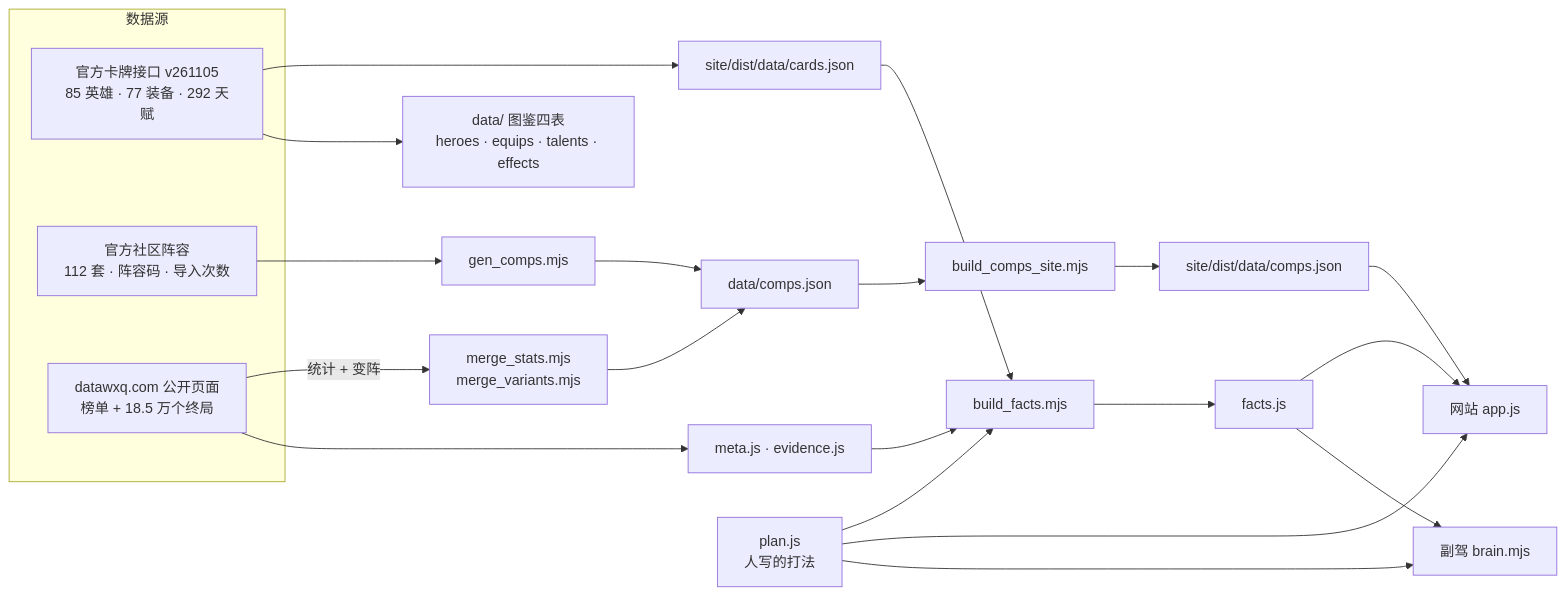
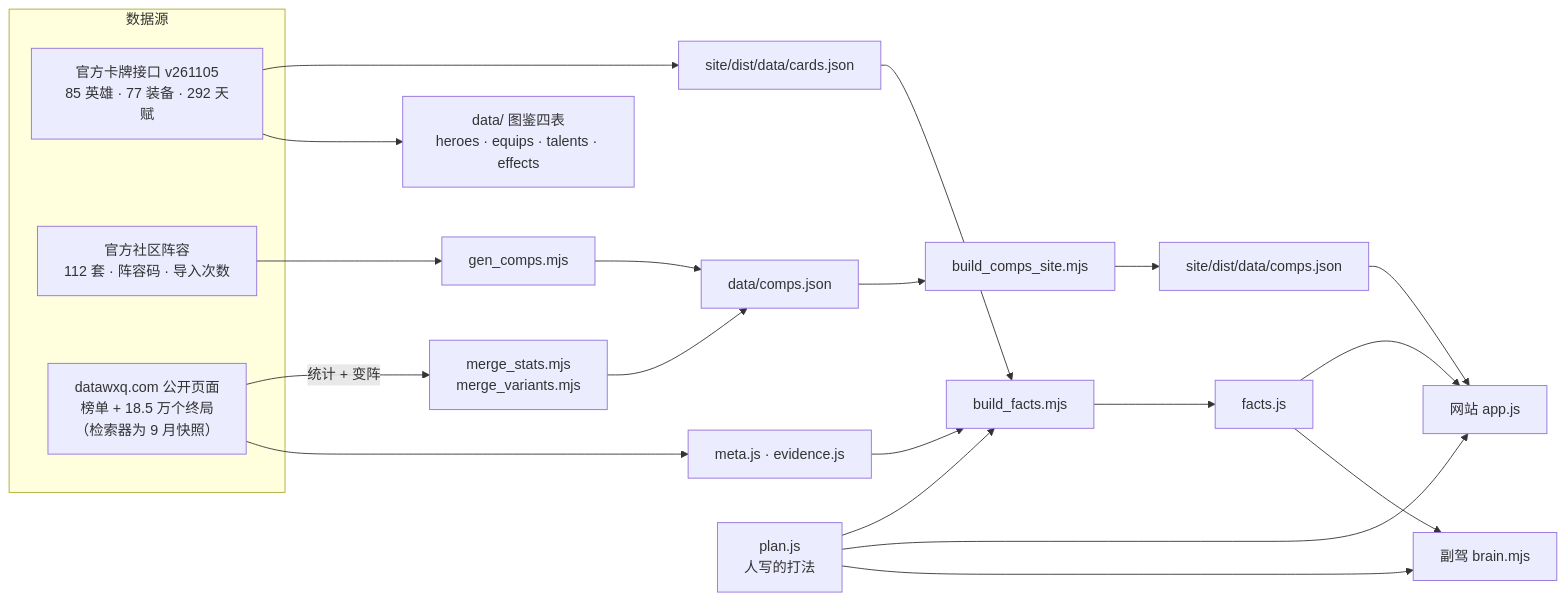
Before and after one commit to billpwchan/wanxiang-qipu: the second of 2 diagrams in README.md, drawn with Mermaid. The commit also changed other lines of this file and 5 other files, not shown here.

````diff
--- a/README.md
+++ b/README.md
@@ -144,23 +146,23 @@
 ```mermaid
 flowchart LR
   subgraph 数据源
     O["官方卡牌接口 v261105<br>85 英雄 · 77 装备 · 292 天赋"]
     Q["官方社区阵容<br>112 套 · 阵容码 · 导入次数"]
-    W["datawxq.com 公开页面<br>榜单 + 18.5 万个终局"]
+    W["datawxq.com 公开页面<br>榜单 + 18.5 万个终局<br>（检索器为 9 月快照）"]
   end
   O --> CJ["site/dist/data/cards.json"]
   O --> TAB["data/ 图鉴四表<br>heroes · equips · talents · effects"]
   Q --> GC["gen_comps.mjs"] --> CM["data/comps.json"]
   W -- "统计 + 变阵" --> MS["merge_stats.mjs<br>merge_variants.mjs"] --> CM
   CJ --> BF["build_facts.mjs"]
   W --> MJ["meta.js · evidence.js"]
   MJ --> BF
   P["plan.js<br>人写的打法"] --> BF
   BF --> FJ["facts.js"]
   CM --> BC["build_comps_site.mjs"] --> SCM["site/dist/data/comps.json"]
   P --> APP["网站 app.js"]
   FJ --> APP
   SCM --> APP
   P --> COP["副驾 brain.mjs"]
   FJ --> COP
 ```
````
